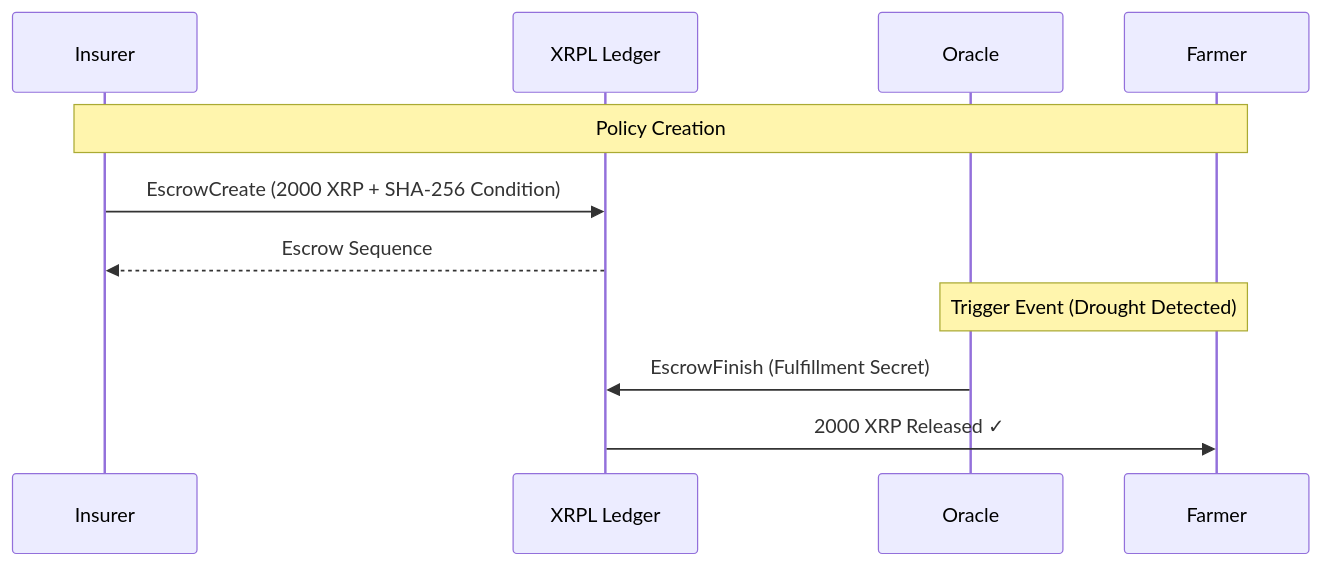
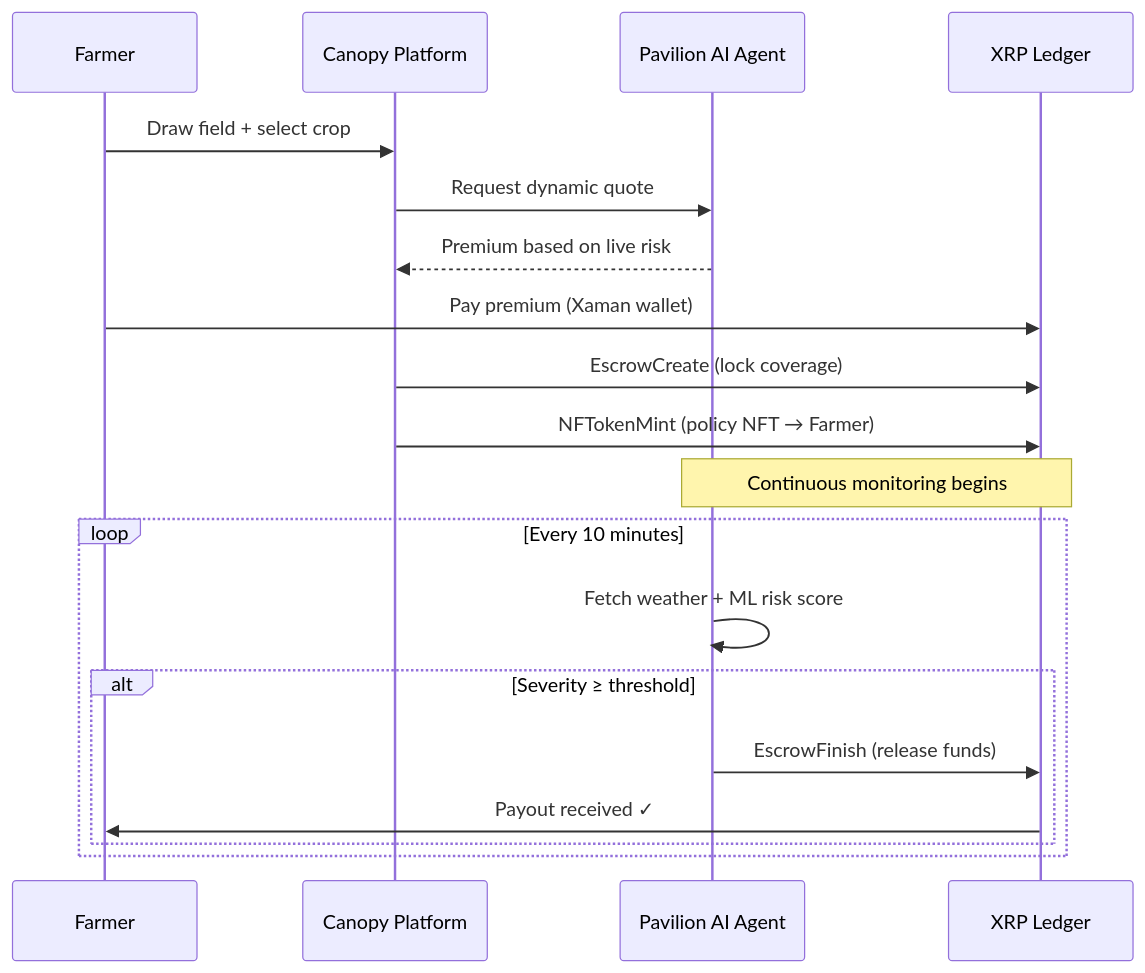
The first of 3 diagrams in README.md (ianp-1/Canopy), drawn with Mermaid before and after one commit. The commit also changed other lines of this file, not shown here.

````diff
--- a/README.md
+++ b/README.md
@@ -151,15 +41,22 @@
 ```mermaid
 sequenceDiagram
-    participant Insurer
-    participant XRPL as XRPL Ledger
-    participant Oracle
     participant Farmer
+    participant Canopy as Canopy Platform
+    participant Pavilion as Pavilion AI Agent
+    participant XRPL as XRP Ledger
 
-    Note over Insurer,Farmer: Policy Creation
-    Insurer->>XRPL: EscrowCreate (2000 XRP + SHA-256 Condition)
-    XRPL-->>Insurer: Escrow Sequence #14630109
-    
-    Note over Oracle,Farmer: Trigger Event (Drought Detected)
-    Oracle->>XRPL: EscrowFinish (Fulfillment Secret)
-    XRPL->>Farmer: 2000 XRP Released ✓
+    Farmer->>Canopy: Draw field + select crop
+    Canopy->>Pavilion: Request dynamic quote
+    Pavilion-->>Canopy: Premium based on live risk
+    Farmer->>XRPL: Pay premium (Xaman wallet)
+    Canopy->>XRPL: EscrowCreate (lock coverage)
+    Canopy->>XRPL: NFTokenMint (policy NFT → Farmer)
+    Note over Pavilion,XRPL: Continuous monitoring begins
+    loop Every 10 minutes
+        Pavilion->>Pavilion: Fetch weather + ML risk score
+        alt Severity ≥ threshold
+            Pavilion->>XRPL: EscrowFinish (release funds)
+            XRPL->>Farmer: Payout received ✓
+        end
+    end
 ```
````
